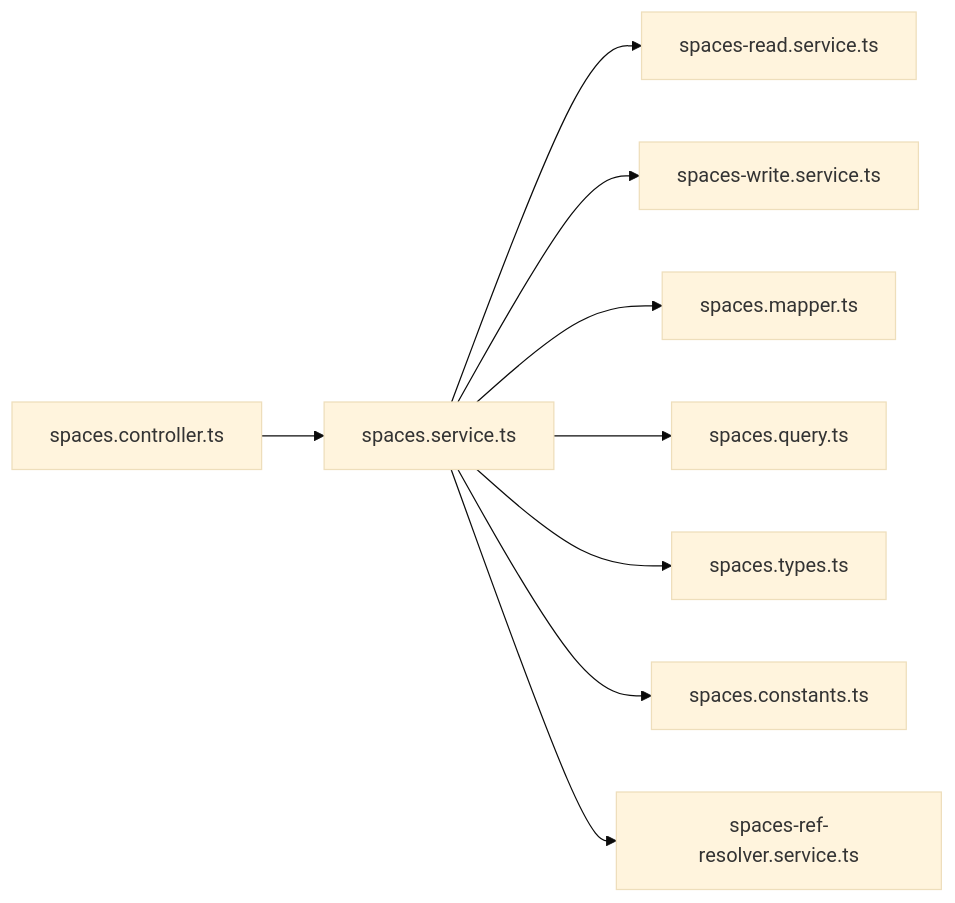
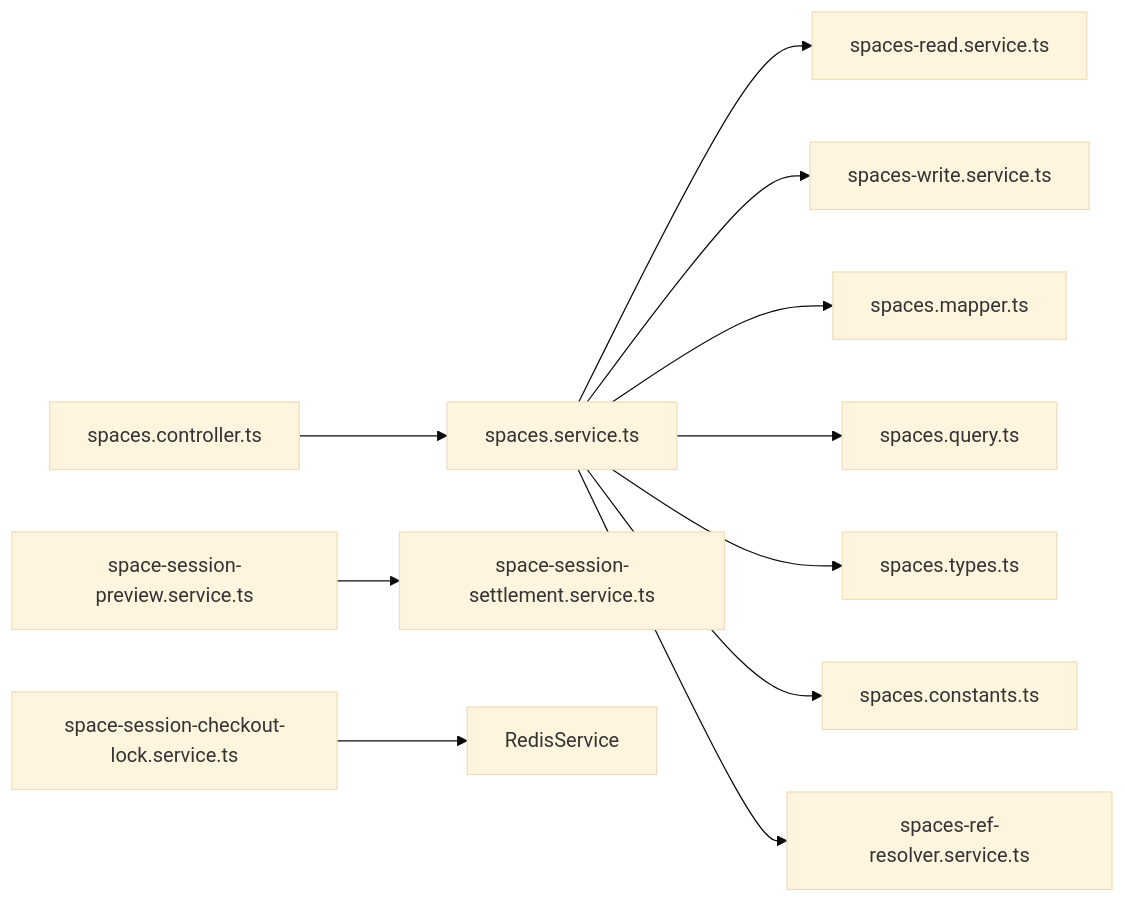
The ninth of 9 diagrams in .qoder/repowiki/zh/content/业务模块/运营管理模块/空间管理.md (rc558620/purelyprofit-server), drawn with Mermaid (base theme) before and after one commit. The commit also changed other lines of this file and 25 other files, not shown here.

````diff
--- a/.qoder/repowiki/zh/content/业务模块/运营管理模块/空间管理.md
+++ b/.qoder/repowiki/zh/content/业务模块/运营管理模块/空间管理.md
@@ -506,11 +667,13 @@
 ```mermaid
 graph LR
 Controller["spaces.controller.ts"] --> Service["spaces.service.ts"]
 Service --> Read["spaces-read.service.ts"]
 Service --> Write["spaces-write.service.ts"]
 Service --> Mapper["spaces.mapper.ts"]
 Service --> Query["spaces.query.ts"]
 Service --> Types["spaces.types.ts"]
 Service --> Const["spaces.constants.ts"]
 Service --> Ref["spaces-ref-resolver.service.ts"]
+Preview["space-session-preview.service.ts"] --> Settlement["space-session-settlement.service.ts"]
+CheckoutLock["space-session-checkout-lock.service.ts"] --> Redis["RedisService"]
 ```
````
